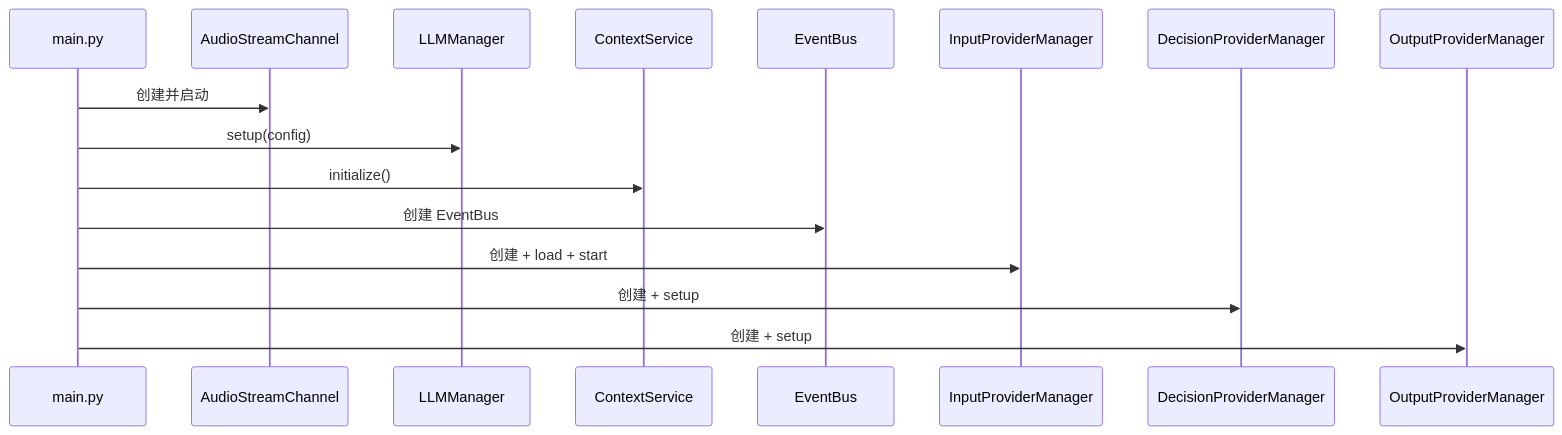
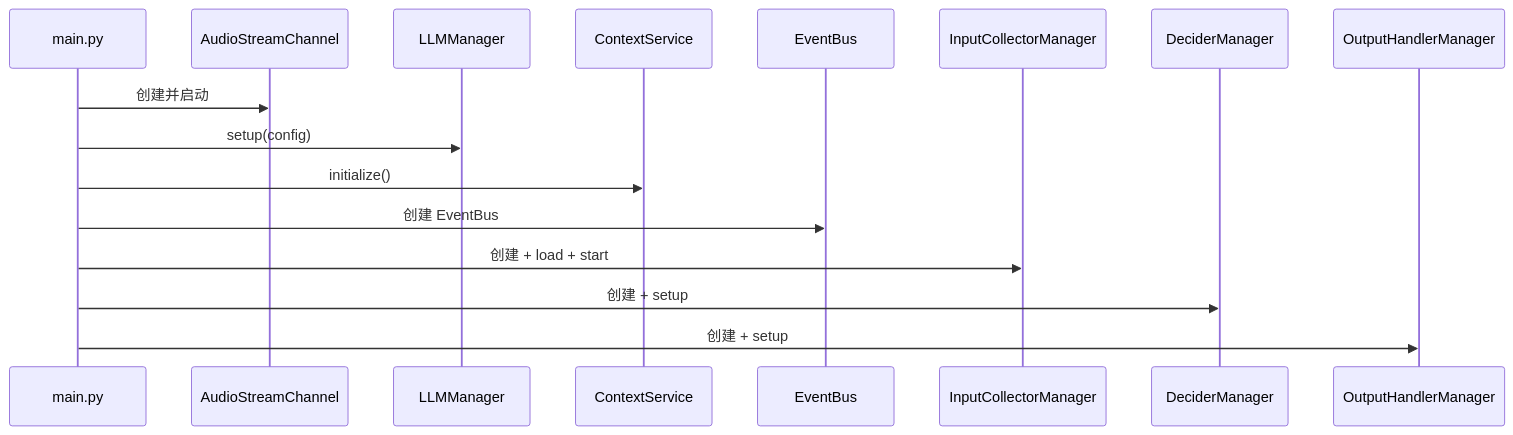
The third of 3 diagrams in docs/architecture/overview.md (Mai-with-u/Amaidesu), drawn with Mermaid before and after one commit. The commit also changed other lines of this file and 169 other files, not shown here.

First line of the commit message:
重构: 移除 Provider 抽象层，改名为 Collector/Decider/Handler

````diff
--- a/docs/architecture/overview.md
+++ b/docs/architecture/overview.md
@@ -151,19 +151,19 @@
 ```mermaid
 sequenceDiagram
     participant Main as main.py
     participant Audio as AudioStreamChannel
     participant LLM as LLMManager
     participant Context as ContextService
     participant Event as EventBus
-    participant Input as InputProviderManager
-    participant Decision as DecisionProviderManager
-    participant Output as OutputProviderManager
+    participant Input as InputCollectorManager
+    participant Decision as DeciderManager
+    participant Output as OutputHandlerManager
 
     Main->>Audio: 创建并启动
     Main->>LLM: setup(config)
     Main->>Context: initialize()
     Main->>Event: 创建 EventBus
     Main->>Input: 创建 + load + start
     Main->>Decision: 创建 + setup
     Main->>Output: 创建 + setup
 ```
````
